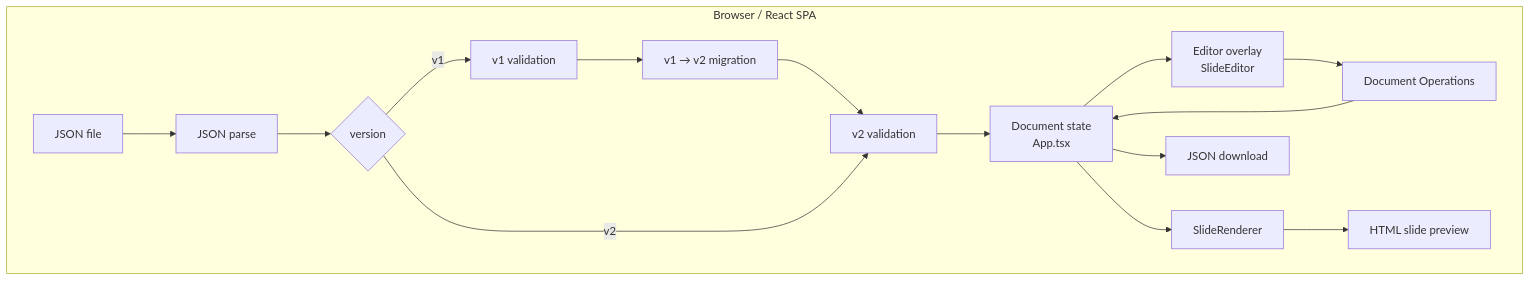
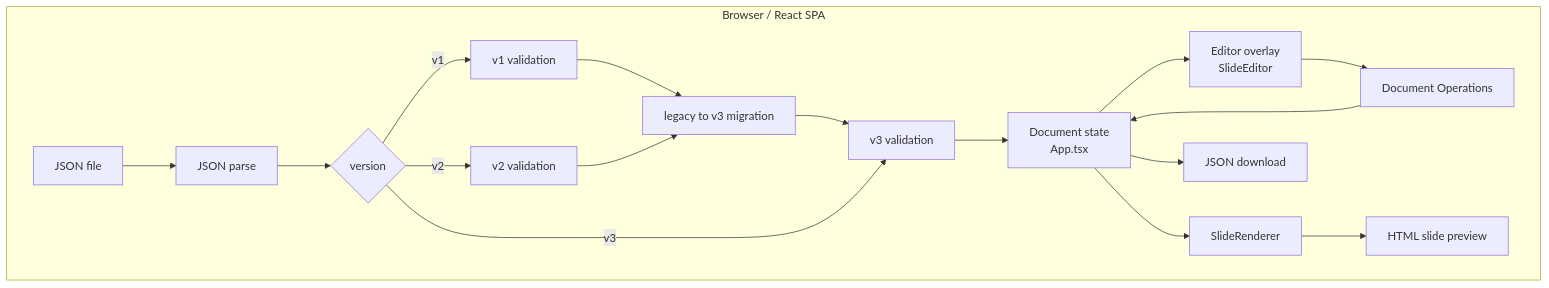
One commit to sampe-bot/nexus_kajiya changed the first of 3 diagrams in docs/architecture.md. Above: the diagram before and after it, drawn with Mermaid. The commit also changed other lines of this file and 17 other files, not shown here.

````diff
--- a/docs/architecture.md
+++ b/docs/architecture.md
@@ -40,19 +40,21 @@
 ```mermaid
 flowchart TB
     subgraph Browser["Browser / React SPA"]
         FileIn["JSON file"] --> Parse["JSON parse"]
         Parse --> Version{"version"}
         Version -->|v1| ValidateV1["v1 validation"]
-        ValidateV1 --> Migrate["v1 → v2 migration"]
-        Migrate --> ValidateV2["v2 validation"]
-        Version -->|v2| ValidateV2
-        ValidateV2 --> State["Document state\nApp.tsx"]
+        ValidateV1 --> Migrate["legacy to v3 migration"]
+        Migrate --> ValidateV3["v3 validation"]
+        Version -->|v2| ValidateV2["v2 validation"]
+        ValidateV2 --> Migrate
+        Version -->|v3| ValidateV3
+        ValidateV3 --> State["Document state\nApp.tsx"]
 
         UI["Editor overlay\nSlideEditor"] --> Ops["Document Operations"]
         Ops --> State
         State --> UI
         State --> Renderer["SlideRenderer"]
         Renderer --> Preview["HTML slide preview"]
         State --> FileOut["JSON download"]
     end
 ```
````
